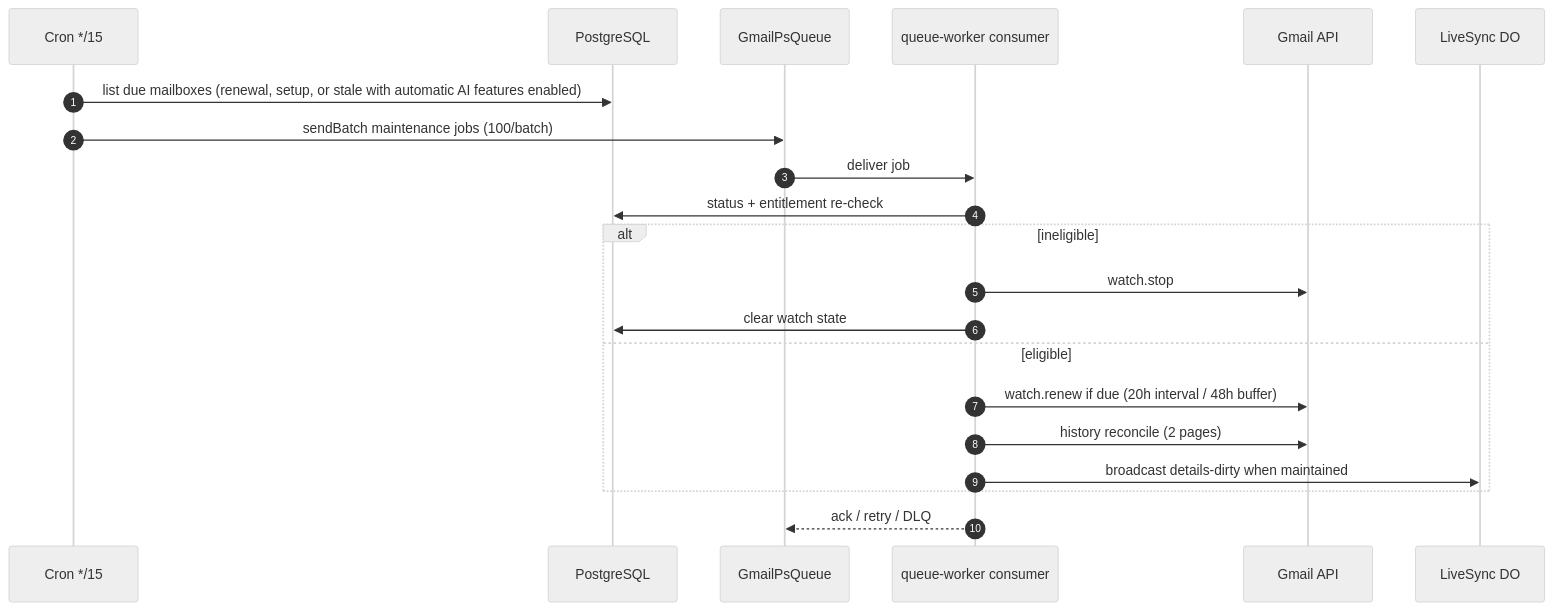
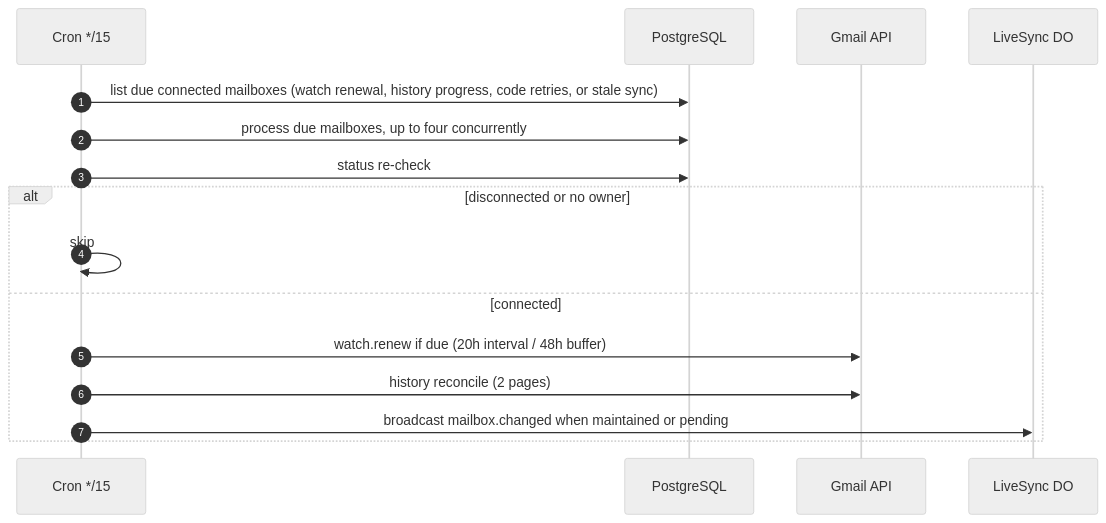
The third of 6 diagrams in docs/infrastructure-map.md (quieter-email/quieter), drawn with Mermaid (neutral theme) before and after one commit. The commit also changed other lines of this file and 104 other files, not shown here.

````diff
--- a/docs/infrastructure-map.md
+++ b/docs/infrastructure-map.md
@@ -192,24 +178,19 @@
 ```mermaid
 sequenceDiagram
     autonumber
     participant CR as Cron */15
     participant DB as PostgreSQL
-    participant Q as GmailPsQueue
-    participant C as queue-worker consumer
     participant A as Gmail API
     participant D as LiveSync DO
 
-    CR->>DB: list due mailboxes (renewal, setup, or stale with automatic AI features enabled)
-    CR->>Q: sendBatch maintenance jobs (100/batch)
-    Q->>C: deliver job
-    C->>DB: status + entitlement re-check
-    alt ineligible
-        C->>A: watch.stop
-        C->>DB: clear watch state
-    else eligible
-        C->>A: watch.renew if due (20h interval / 48h buffer)
-        C->>A: history reconcile (2 pages)
-        C->>D: broadcast details-dirty when maintained
+    CR->>DB: list due connected mailboxes (watch renewal, history progress, code retries, or stale sync)
+    CR->>DB: process due mailboxes, up to four concurrently
+    CR->>DB: status re-check
+    alt disconnected or no owner
+        CR->>CR: skip
+    else connected
+        CR->>A: watch.renew if due (20h interval / 48h buffer)
+        CR->>A: history reconcile (2 pages)
+        CR->>D: broadcast mailbox.changed when maintained or pending
     end
-    C-->>Q: ack / retry / DLQ
 ```
````
